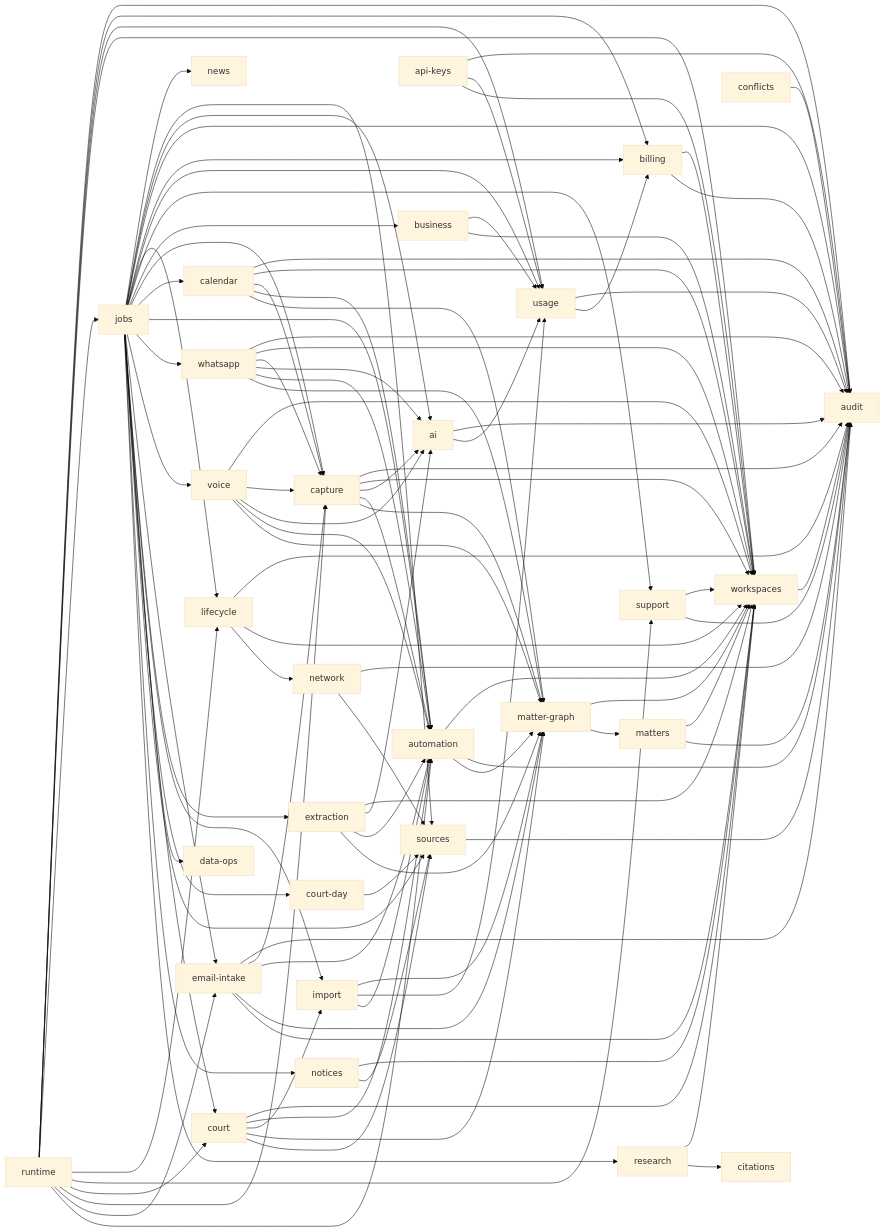
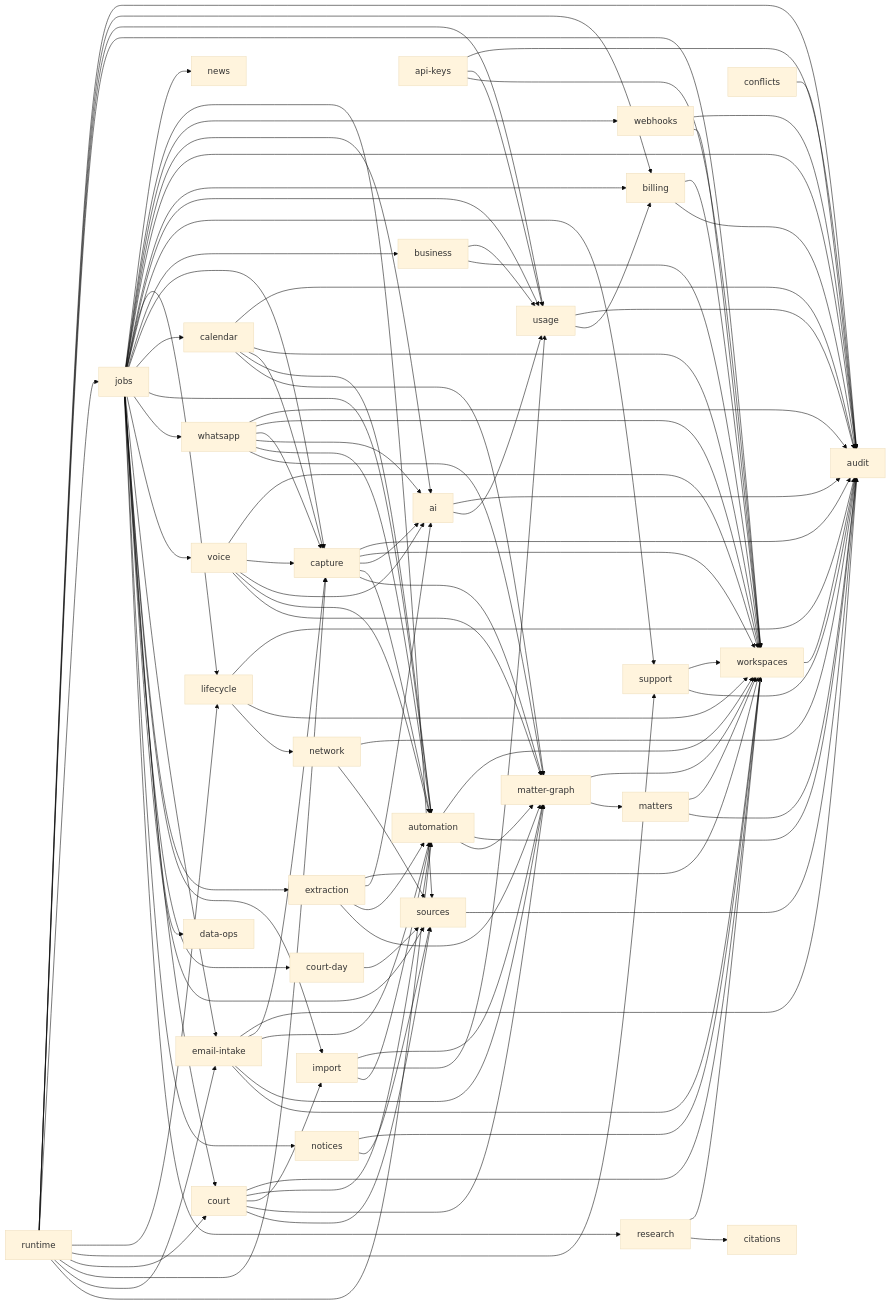
Before and after one commit to RapierCraftStudios/causedeck: the diagram in docs/engineering/core-domains.md, drawn with Mermaid (base theme). The commit also changed other lines of this file and 21 other files, not shown here.

```diff
--- a/docs/engineering/core-domains.md
+++ b/docs/engineering/core-domains.md
@@ -108,6 +109,7 @@
   sources --> audit
   jobs --> news
   jobs --> sources
+  jobs --> webhooks
   research --> workspaces
   research --> citations
   network --> audit
@@ -151,6 +153,8 @@
   api-keys --> audit
   api-keys --> usage
   api-keys --> workspaces
+  webhooks --> audit
+  webhooks --> workspaces
   conflicts --> audit
   jobs --> research
   calendar --> audit
```
